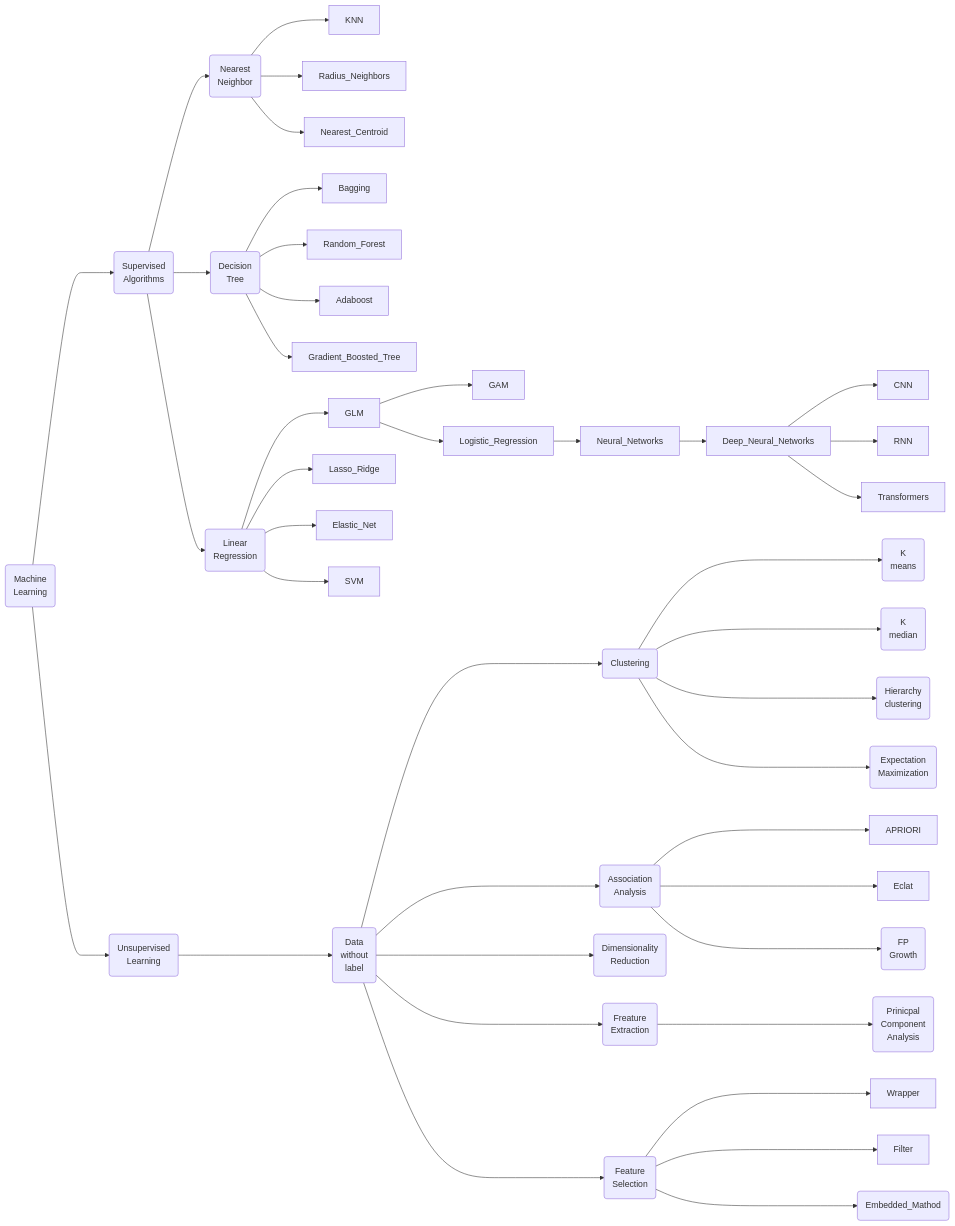
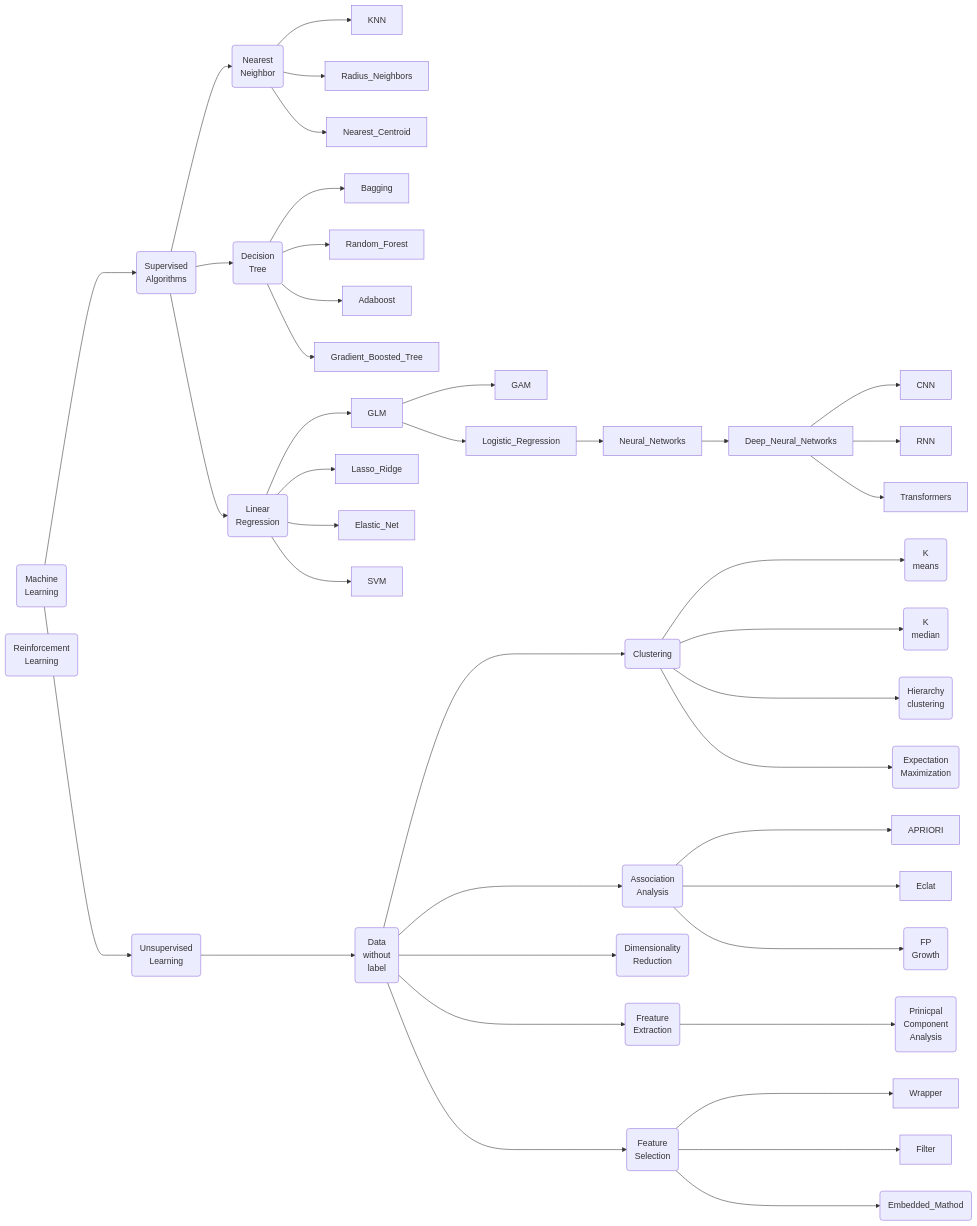
One commit to hwetsman/Public_Notes changed the diagram in ML_Tree.md. Above: the diagram before and after it, drawn with Mermaid.

Commit message:
Code: add Reinforcement

`````diff
--- a/ML_Tree.md
+++ b/ML_Tree.md
@@ -1,71 +1,73 @@
 ````mermaid
 flowchart LR
   Machine_Learning(Machine<br>Learning)
   Supervised(Supervised<br>Algorithms)
     Supervised-->Nearest(Nearest<br>Neighbor)
       Machine_Learning--->Supervised
     Nearest --> KNN
     Nearest --> Radius_Neighbors
     Nearest --> Nearest_Centroid
     Supervised --> Decision(Decision<br>Tree)
     Decision --> Bagging
     Decision --> Random_Forest
     Decision --> Adaboost
     Decision --> Gradient_Boosted_Tree
     Supervised --> Linear(Linear<br>Regression)
     Linear --> GLM
     GLM --> GAM
     GLM --> Logistic_Regression
     Logistic_Regression --> Neural_Networks
     Neural_Networks --> Deep_Neural_Networks
     Deep_Neural_Networks --> CNN
     Deep_Neural_Networks --> RNN
     Deep_Neural_Networks --> Transformers
     Linear --> Lasso_Ridge
     Linear --> Elastic_Net
     Linear --> SVM
 
     Unsupervised(Unsupervised<br>Learning)
       Machine_Learning--->Unsupervised
         Data(Data<br>without<br>label)
         Unsupervised--->Data
 
         clustering(Clustering)
           Data--->clustering
           K_mean(K<br>means)
             clustering--->K_mean
           K_med(K<br>median)
             clustering--->K_med
           hierarchy(Hierarchy<br>clustering)
             clustering--->hierarchy
           Expectation(Expectation<br>Maximization)
             clustering--->Expectation
 
         Association(Association<br>Analysis)
           Data--->Association
           APRIORI
             Association--->APRIORI
           Eclat
             Association--->Eclat
           FP(FP<br>Growth)
             Association--->FP
 
         Dimension(Dimensionality<br>Reduction)
           Data--->Dimension
           Feature(Freature<br>Extraction)
             Data--->Feature
             PCA(Prinicpal<br>Component<br>Analysis)
               Feature--->PCA
           Selection(Feature<br>Selection)
             Data--->Selection
             Wrapper
               Selection--->Wrapper
             Filter
               Selection--->Filter
             Embedded(Embedded_Mathod)
               Selection--->Embedded
+
+    Reinforcement(Reinforcement<br>Learning)
       
 
 
 
 ````
`````
